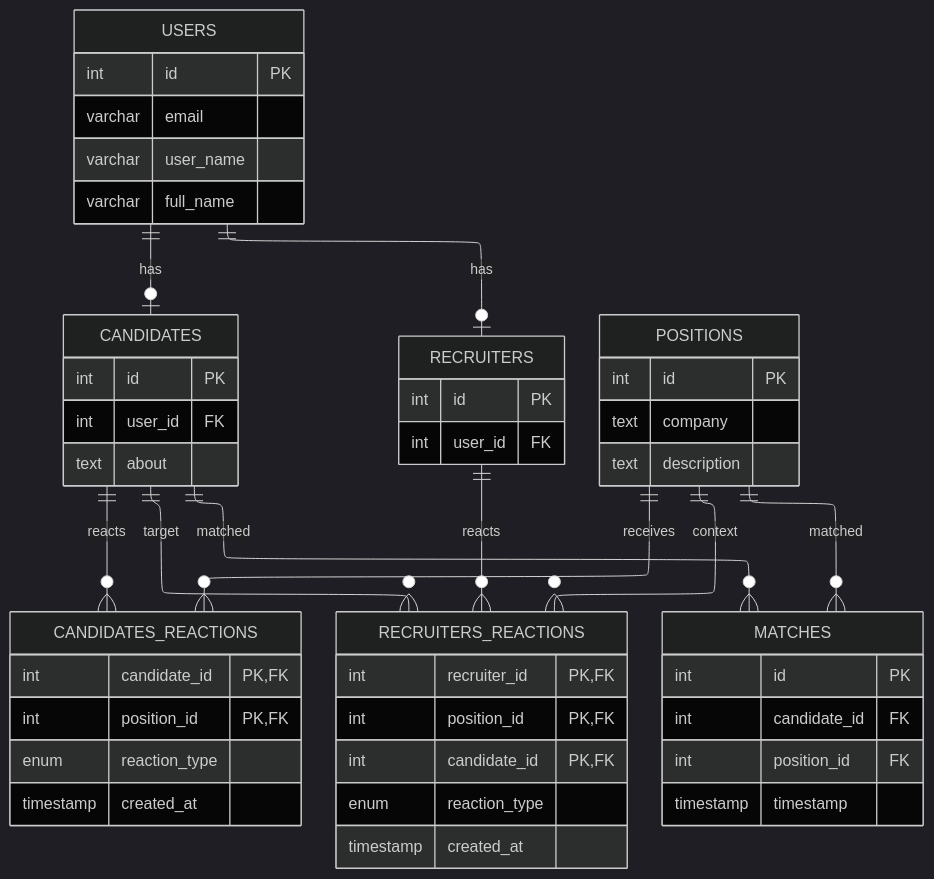
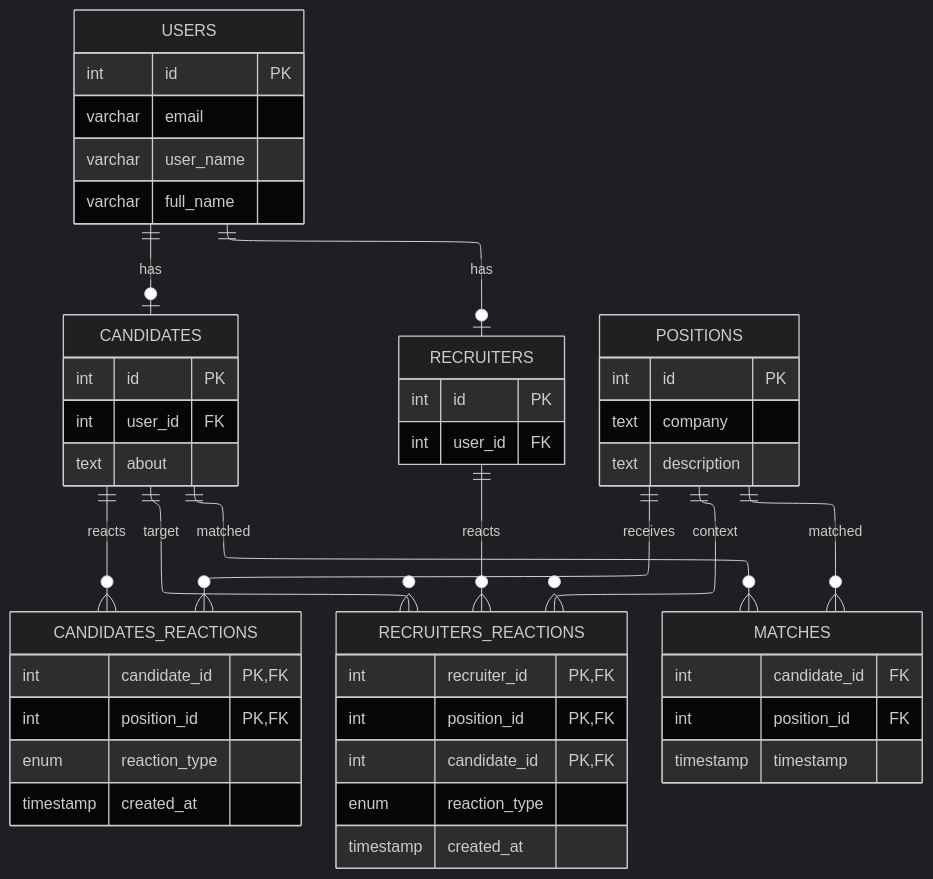
The diagram in docs/architecture.md (akvachan/hirevec-core), drawn with Mermaid (dark theme) before and after one commit.

Commit message:
[Docs] Remove id from the matches table (just docs)

````diff
--- a/docs/architecture.md
+++ b/docs/architecture.md
@@ -57,65 +57,64 @@
 ```mermaid
 ---
 config:
   layout: elk
 ---
 erDiagram
 
     USERS {
         int id PK
         varchar email
         varchar user_name
         varchar full_name
     }
 
     CANDIDATES {
         int id PK
         int user_id FK
         text about
     }
 
     RECRUITERS {
         int id PK
         int user_id FK
     }
 
     POSITIONS {
         int id PK
         text company
         text description
     }
 
     CANDIDATES_REACTIONS {
         int candidate_id PK, FK
         int position_id PK, FK
         enum reaction_type
         timestamp created_at
     }
 
     RECRUITERS_REACTIONS {
         int recruiter_id PK, FK
         int position_id PK, FK
         int candidate_id PK, FK
         enum reaction_type
         timestamp created_at
     }
 
     MATCHES {
-        int id PK
         int candidate_id FK
         int position_id FK
         timestamp timestamp
     }
     USERS ||--o| CANDIDATES : "has"
     USERS ||--o| RECRUITERS : "has"
 
     CANDIDATES ||--o{ CANDIDATES_REACTIONS : "reacts"
     POSITIONS  ||--o{ CANDIDATES_REACTIONS : "receives"
 
     RECRUITERS ||--o{ RECRUITERS_REACTIONS : "reacts"
     POSITIONS  ||--o{ RECRUITERS_REACTIONS : "context"
     CANDIDATES ||--o{ RECRUITERS_REACTIONS : "target"
 
     CANDIDATES ||--o{ MATCHES : "matched"
     POSITIONS  ||--o{ MATCHES : "matched"
 ```
````
